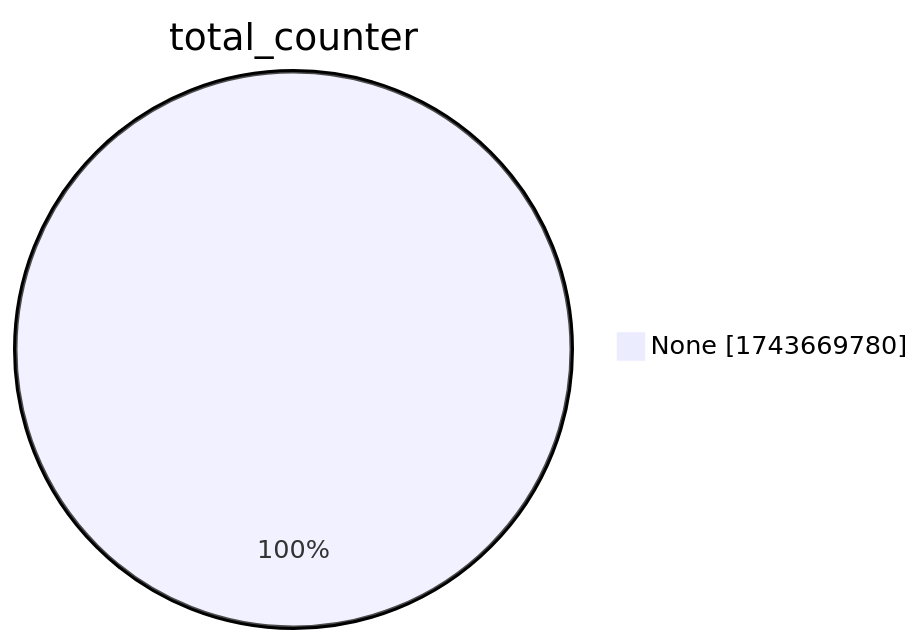
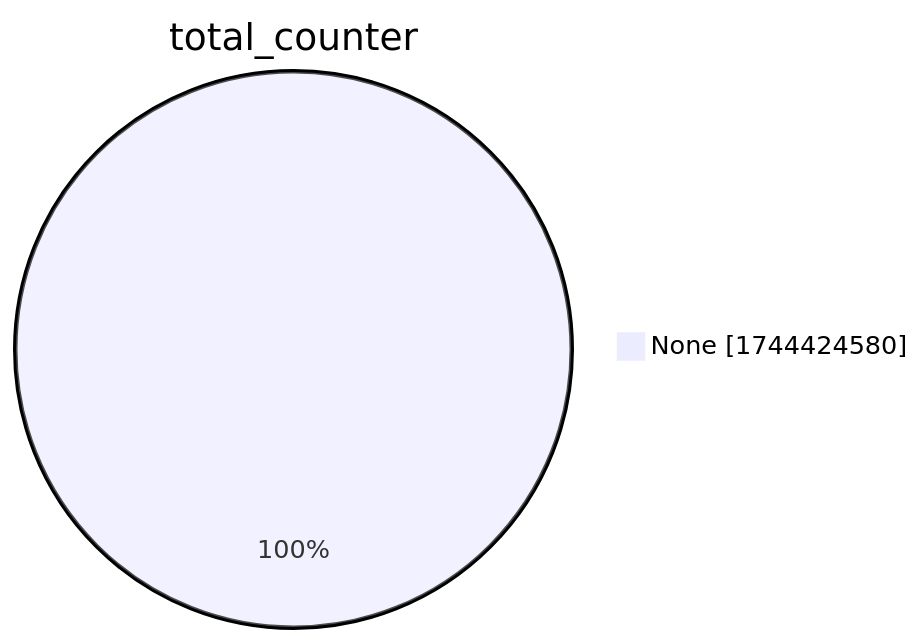
Before and after one commit to christiankrug/ctmonitor_visualization: the second of 15 diagrams in xenon2022/README.md, drawn with Mermaid. The commit also changed other lines of this file, not shown here.

````diff
--- a/xenon2022/README.md
+++ b/xenon2022/README.md
@@ -9,5 +9,5 @@
 ```mermaid
 pie showData
 title total_counter
-"None" :1743669780
+"None" :1744424580
 ```
````
